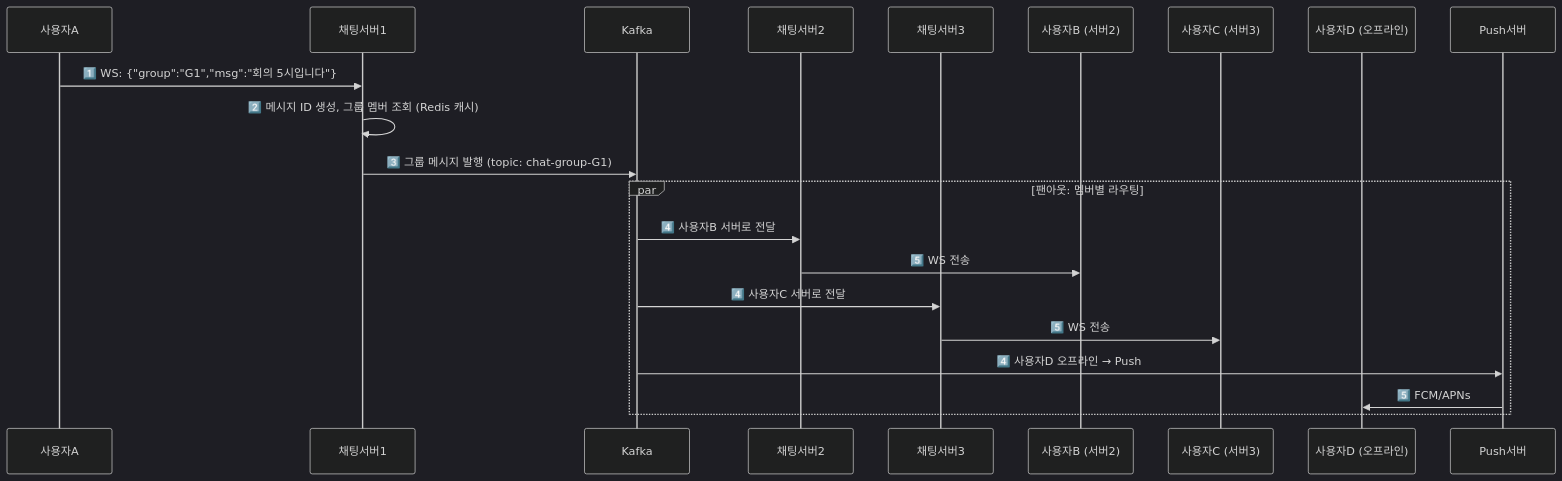
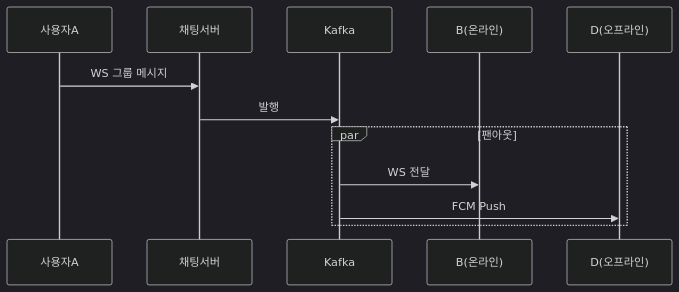
Before and after one commit to yjkim2015/yjkim2015.github.io: the eighth of 9 diagrams in _posts/systemdesign/2026-05-02-system-design-chat.md, drawn with Mermaid (dark theme). The commit also changed other lines of this file and 215 other files, not shown here.

First line of the commit message:
신규 포스트 10개 추가 + Mermaid 전면 축소 + SystemDesign 시리즈 보강

````diff
--- a/_posts/systemdesign/2026-05-02-system-design-chat.md
+++ b/_posts/systemdesign/2026-05-02-system-design-chat.md
@@ -479,25 +355,14 @@
 ```mermaid
 sequenceDiagram
     participant A as 사용자A
-    participant S1 as 채팅서버1
-    participant Kafka as Kafka
-    participant S2 as 채팅서버2
-    participant S3 as 채팅서버3
-    participant B as 사용자B (서버2)
-    participant C as 사용자C (서버3)
-    participant D as 사용자D (오프라인)
-    participant Push as Push서버
-
-    A->>S1: 1️⃣ WS: {"group":"G1","msg":"회의 5시입니다"}
-    S1->>S1: 2️⃣ 메시지 ID 생성, 그룹 멤버 조회 (Redis 캐시)
-    S1->>Kafka: 3️⃣ 그룹 메시지 발행 (topic: chat-group-G1)
-
-    par 팬아웃: 멤버별 라우팅
-        Kafka->>S2: 4️⃣ 사용자B 서버로 전달
-        S2->>B: 5️⃣ WS 전송
-        Kafka->>S3: 4️⃣ 사용자C 서버로 전달
-        S3->>C: 5️⃣ WS 전송
-        Kafka->>Push: 4️⃣ 사용자D 오프라인 → Push
-        Push->>D: 5️⃣ FCM/APNs
+    participant S1 as 채팅서버
+    participant K as Kafka
+    participant B as B(온라인)
+    participant D as D(오프라인)
+    A->>S1: WS 그룹 메시지
+    S1->>K: 발행
+    par 팬아웃
+        K->>B: WS 전달
+        K->>D: FCM Push
     end
 ```
````
